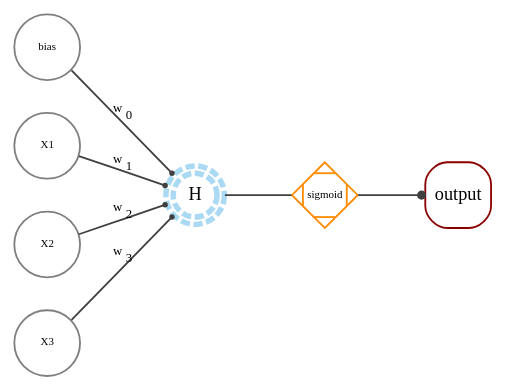
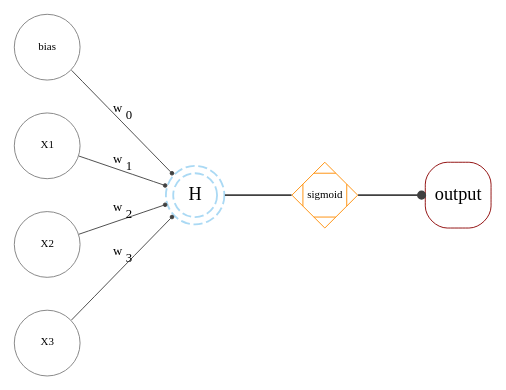
One commit to m-clark/book-of-models changed the diagram in img/logregnn.dot. Above: the diagram before and after it, drawn with Graphviz. The commit also changed 42 other files, not shown here.

```diff
--- a/img/logregnn.dot
+++ b/img/logregnn.dot
@@ -1,20 +1,20 @@
 digraph neural_network {
   bgcolor="transparent"
   rankdir=LR;
-  node [shape=circle color=gray50];
+  node [shape=circle color=gray50 penwidth=.5];
   input_bias[label="bias" fixedsize=True fontsize =6 width=.5];
   X1 [label="X1" fixedsize=True fontsize =6 width=.5];
   X2 [label="X2" fixedsize=True fontsize =6 width=.5];
   X3 [label="X3" fixedsize=True fontsize =6 width=.5];
   
   
-  input_bias -> hidden [label=<w<sub>0</sub>> arrowhead="dot" arrowsize=0.25 minlen=.10 fontsize=7 color=gray25];
-  X1 -> hidden [label=<w<sub>1</sub>> arrowhead="dot" arrowsize=0.25 minlen=1 fontsize=7 color=gray25];
-  X2 -> hidden [label=<w<sub>2</sub>> arrowhead="dot" arrowsize=0.25 minlen=1 fontsize=7 color=gray25];
-  X3 -> hidden [label=<w<sub>3</sub>> arrowhead="dot" arrowsize=0.25 minlen=1 fontsize=7 color=gray25];
-  hidden [label=H fixedsize=True fontsize =10 width=.33 color = "#56B4E980" shape=doublecircle style=dashed penwidth=3];
-  activation [label="sigmoid" fixedsize=True fontsize =6 width=.5 color = "darkorange" shape=Mdiamond];
+  input_bias -> hidden [label=<w<sub>0</sub>> arrowhead="dot" arrowsize=0.25 minlen=.10 fontsize=7 color=gray25 penwidth=.5];
+  X1 -> hidden [label=<w<sub>1</sub>> arrowhead="dot" arrowsize=0.25 minlen=1 fontsize=7 color=gray25 penwidth=.5];
+  X2 -> hidden [label=<w<sub>2</sub>> arrowhead="dot" arrowsize=0.25 minlen=1 fontsize=7 color=gray25 penwidth=.5];
+  X3 -> hidden [label=<w<sub>3</sub>> arrowhead="dot" arrowsize=0.25 minlen=1 fontsize=7 color=gray25 penwidth=.5];
+  hidden [label=H fixedsize=True fontsize =10 width=.33 color = "#56B4E980" shape=doublecircle style=dashed penwidth=1];
+  activation [label="sigmoid" fixedsize=True fontsize =6 width=.5 color = "darkorange" shape=Mdiamond penwidth=.5];
   hidden -> activation [arrowhead="none" arrowsize=0.5 minlen=1 color=gray25];
   activation -> output [label="" arrowhead="dot" arrowsize=0.5 minlen=1 color=gray25];
-  output [label="output" fixedsize=True fontsize =10 width=.5 color=darkred shape=square style=rounded];
+  output [label="output" fixedsize=True fontsize =10 width=.5 color=darkred shape=square style=rounded penwidth=.5];
 }
```
